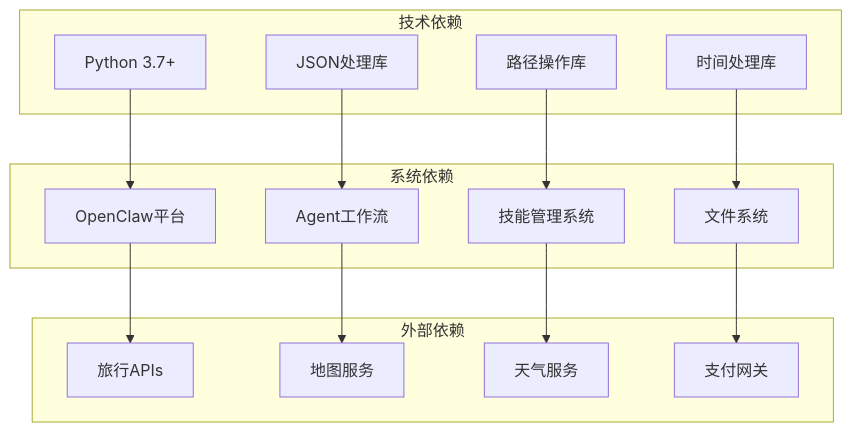
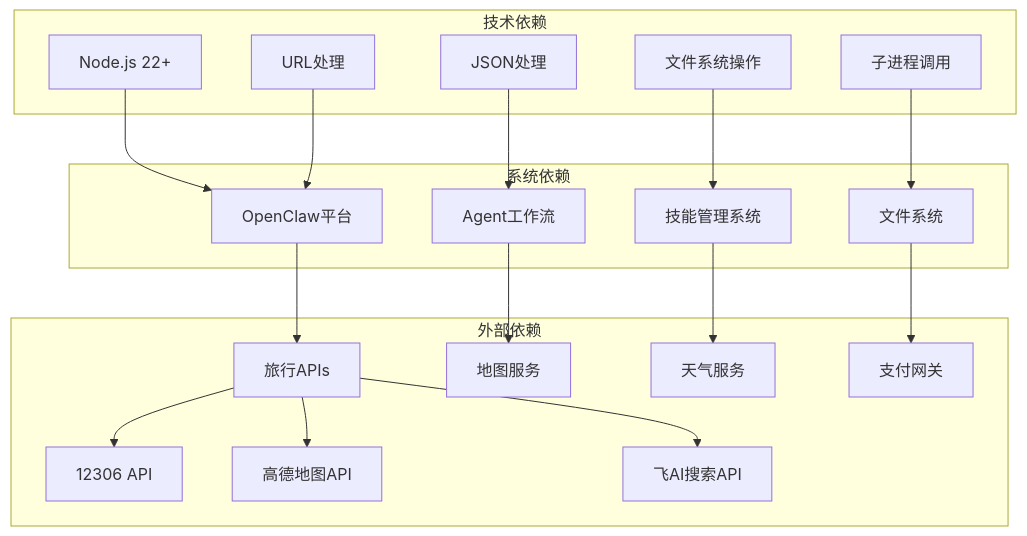
One commit to verse-ai-org/openclaw changed the eighth of 8 diagrams in .qoder/repowiki/zh/content/技能平台/内置技能/旅行规划技能系统.md. Above: the diagram before and after it, drawn with Mermaid. The commit also changed other lines of this file and 23 other files, not shown here.

````diff
--- a/.qoder/repowiki/zh/content/技能平台/内置技能/旅行规划技能系统.md
+++ b/.qoder/repowiki/zh/content/技能平台/内置技能/旅行规划技能系统.md
@@ -382,29 +473,37 @@
 ```mermaid
 graph TB
 subgraph "技术依赖"
-A[Python 3.7+]
-B[JSON处理库]
-C[路径操作库]
-D[时间处理库]
+A[Node.js 22+]
+B[JSON处理]
+C[文件系统操作]
+D[子进程调用]
+E[URL处理]
 end
 subgraph "系统依赖"
-E[OpenClaw平台]
-F[Agent工作流]
-G[技能管理系统]
-H[文件系统]
+F[OpenClaw平台]
+G[Agent工作流]
+H[技能管理系统]
+I[文件系统]
 end
 subgraph "外部依赖"
-I[旅行APIs]
-J[地图服务]
-K[天气服务]
-L[支付网关]
+J[旅行APIs]
+K[地图服务]
+L[天气服务]
+M[支付网关]
+N[12306 API]
+O[高德地图API]
+P[飞AI搜索API]
 end
-A --> E
-B --> F
-C --> G
-D --> H
-E --> I
+A --> F
+B --> G
+C --> H
+D --> I
+E --> F
 F --> J
 G --> K
 H --> L
+I --> M
+J --> N
+J --> O
+J --> P
 ```
````
